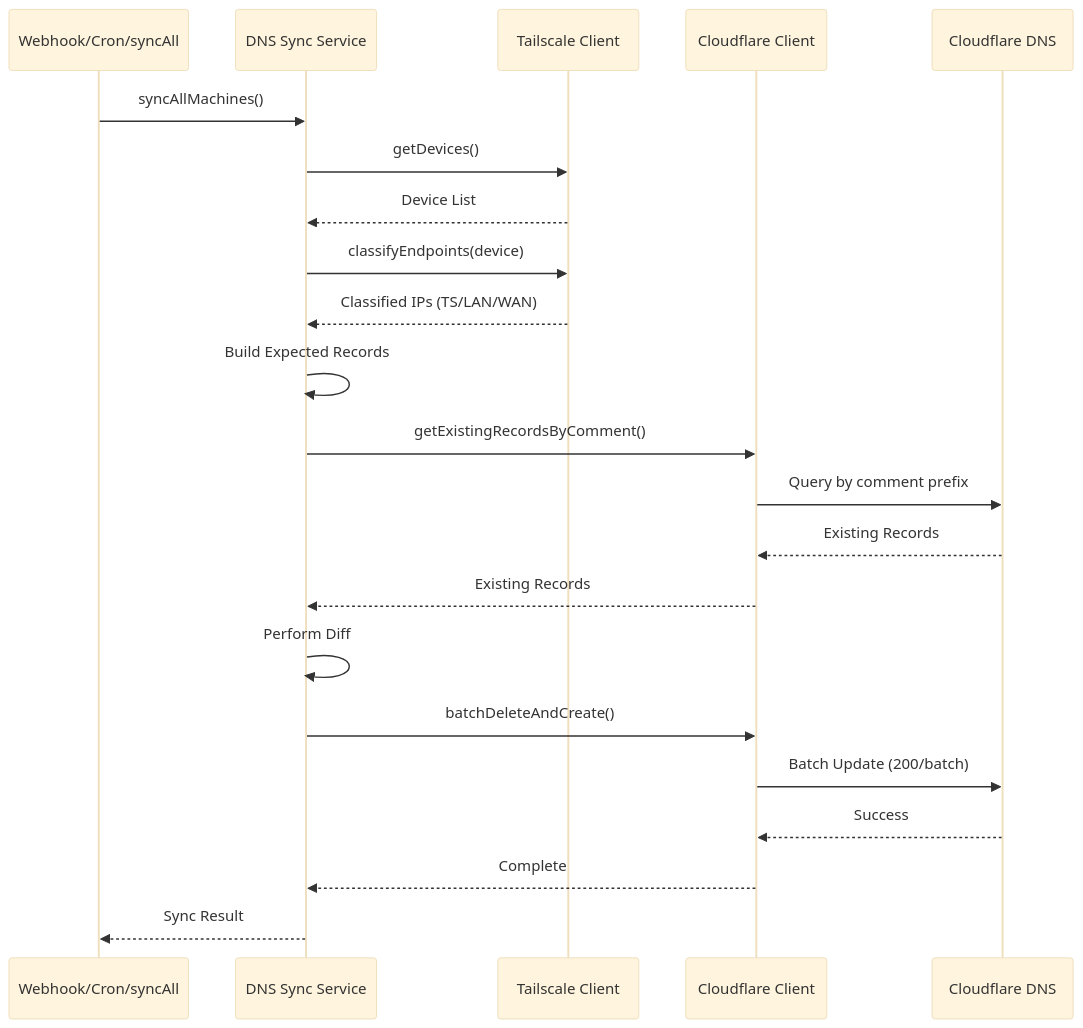
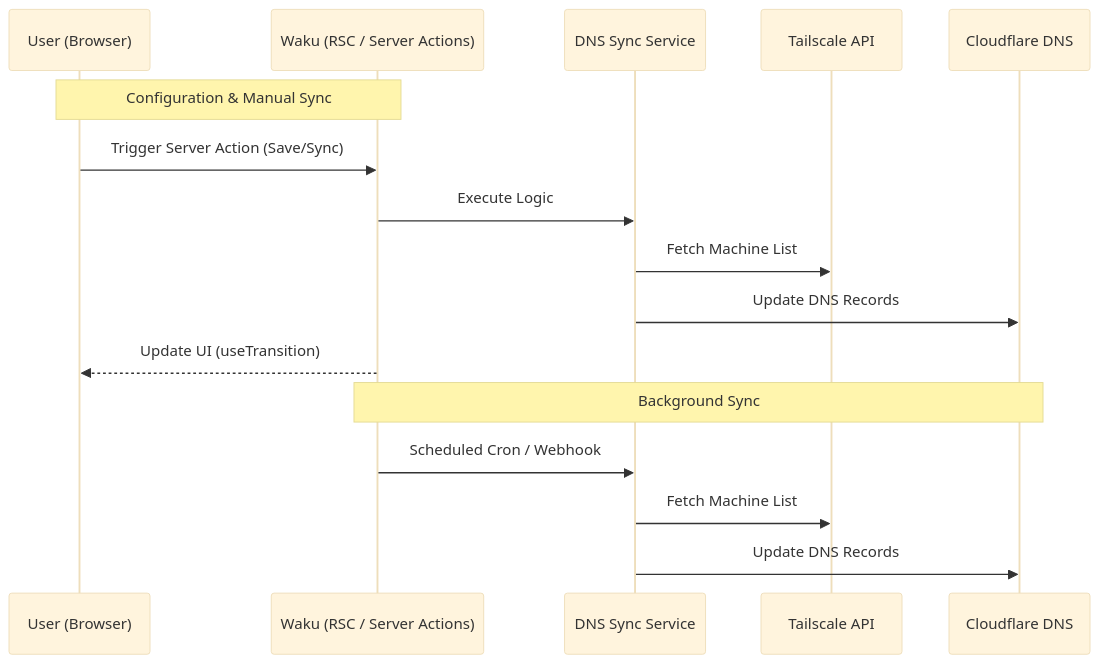
Before and after one commit to tailscale-x/tailscale-cloudflare: the diagram in README.md, drawn with Mermaid (base theme). The commit also changed other lines of this file and 35 other files, not shown here.

````diff
--- a/README.md
+++ b/README.md
@@ -19,25 +32,20 @@
 ```mermaid
 sequenceDiagram
-    participant WH as Webhook/Cron/syncAll
+    participant User as User (Browser)
+    participant RSC as Waku (RSC / Server Actions)
     participant SYNC as DNS Sync Service
-    participant TS as Tailscale Client
-    participant CF as Cloudflare Client
-    participant DNS as Cloudflare DNS
+    participant TS as Tailscale API
+    participant CF as Cloudflare DNS
     
-    WH->>SYNC: syncAllMachines()
-    SYNC->>TS: getDevices()
-    TS-->>SYNC: Device List
-    SYNC->>TS: classifyEndpoints(device)
-    TS-->>SYNC: Classified IPs (TS/LAN/WAN)
-    SYNC->>SYNC: Build Expected Records
-    SYNC->>CF: getExistingRecordsByComment()
-    CF->>DNS: Query by comment prefix
-    DNS-->>CF: Existing Records
-    CF-->>SYNC: Existing Records
-    SYNC->>SYNC: Perform Diff
-    SYNC->>CF: batchDeleteAndCreate()
-    CF->>DNS: Batch Update (200/batch)
-    DNS-->>CF: Success
-    CF-->>SYNC: Complete
-    SYNC-->>WH: Sync Result
+    Note over User, RSC: Configuration & Manual Sync
+    User->>RSC: Trigger Server Action (Save/Sync)
+    RSC->>SYNC: Execute Logic
+    SYNC->>TS: Fetch Machine List
+    SYNC->>CF: Update DNS Records
+    RSC-->>User: Update UI (useTransition)
+
+    Note over RSC, CF: Background Sync
+    RSC->>SYNC: Scheduled Cron / Webhook
+    SYNC->>TS: Fetch Machine List
+    SYNC->>CF: Update DNS Records
 ```
````
